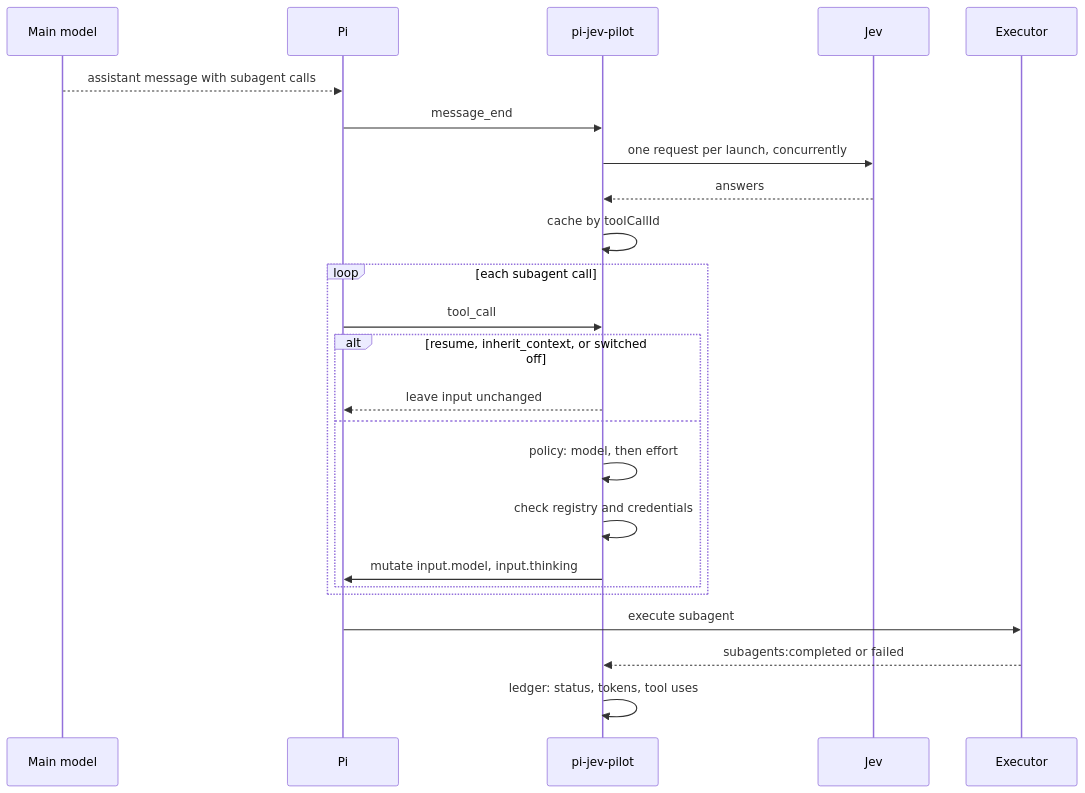
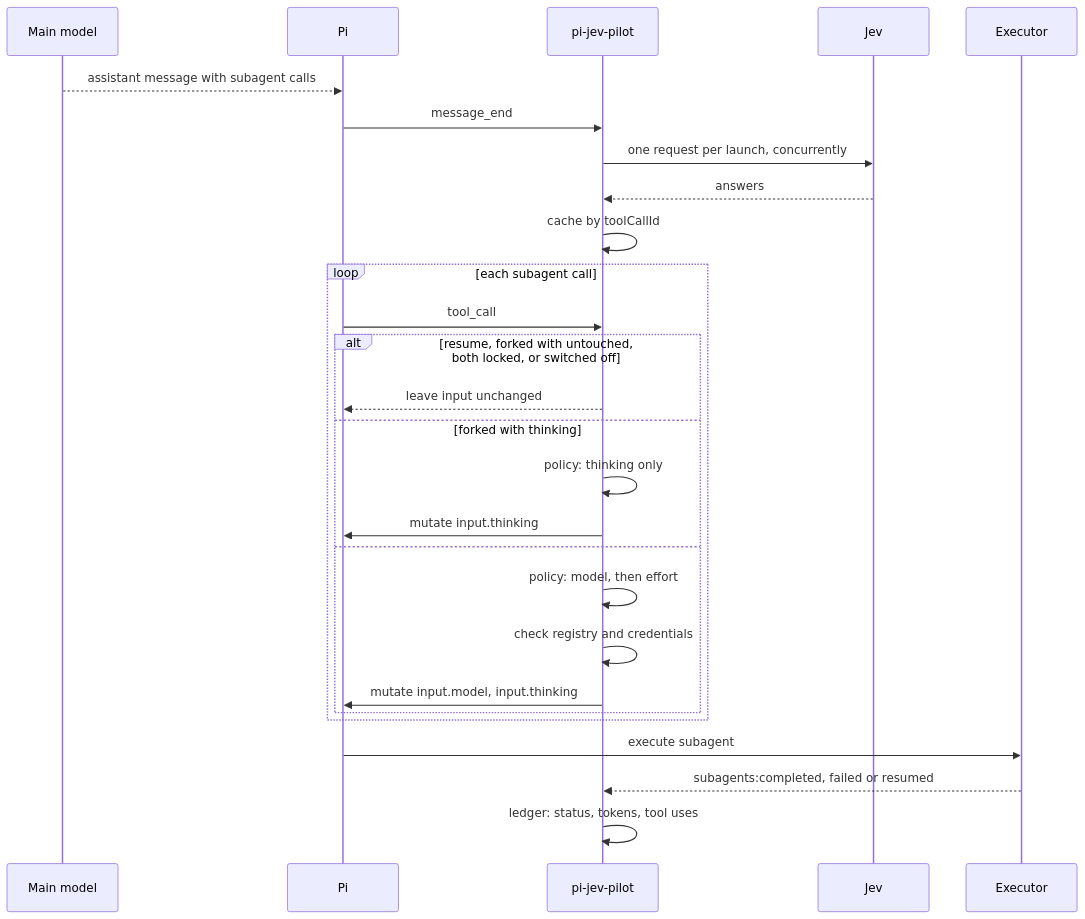
One commit to ttdua/pi-jev-pilot changed the second of 5 diagrams in docs/workflow.md. Above: the diagram before and after it, drawn with Mermaid. The commit also changed other lines of this file and 6 other files, not shown here.

````diff
--- a/docs/workflow.md
+++ b/docs/workflow.md
@@ -52,27 +52,30 @@
 ```mermaid
 sequenceDiagram
     participant M as Main model
     participant P as Pi
     participant X as pi-jev-pilot
     participant J as Jev
     participant E as Executor
 
     M-->>P: assistant message with subagent calls
     P->>X: message_end
     X->>J: one request per launch, concurrently
     J-->>X: answers
     X->>X: cache by toolCallId
     loop each subagent call
         P->>X: tool_call
-        alt resume, inherit_context, or switched off
+        alt resume, forked with untouched, both locked, or switched off
             X-->>P: leave input unchanged
+        else forked with thinking
+            X->>X: policy: thinking only
+            X->>P: mutate input.thinking
         else
             X->>X: policy: model, then effort
             X->>X: check registry and credentials
             X->>P: mutate input.model, input.thinking
         end
     end
     P->>E: execute subagent
-    E-->>X: subagents:completed or failed
+    E-->>X: subagents:completed, failed or resumed
     X->>X: ledger: status, tokens, tool uses
 ```
````
